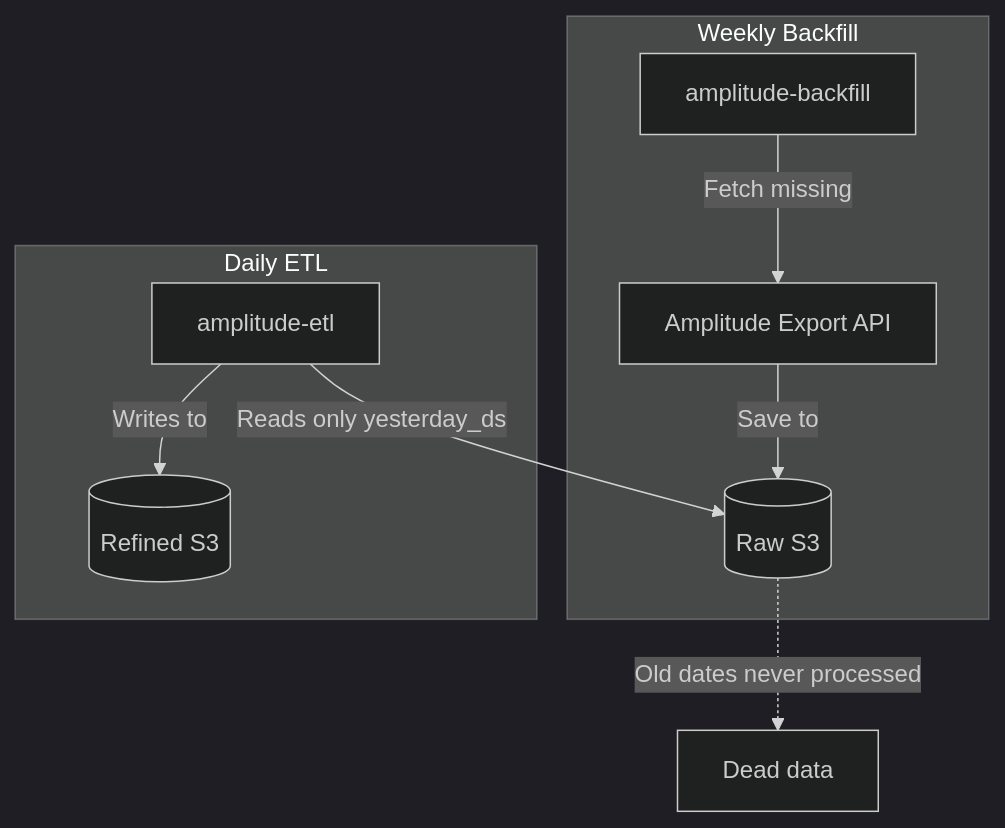
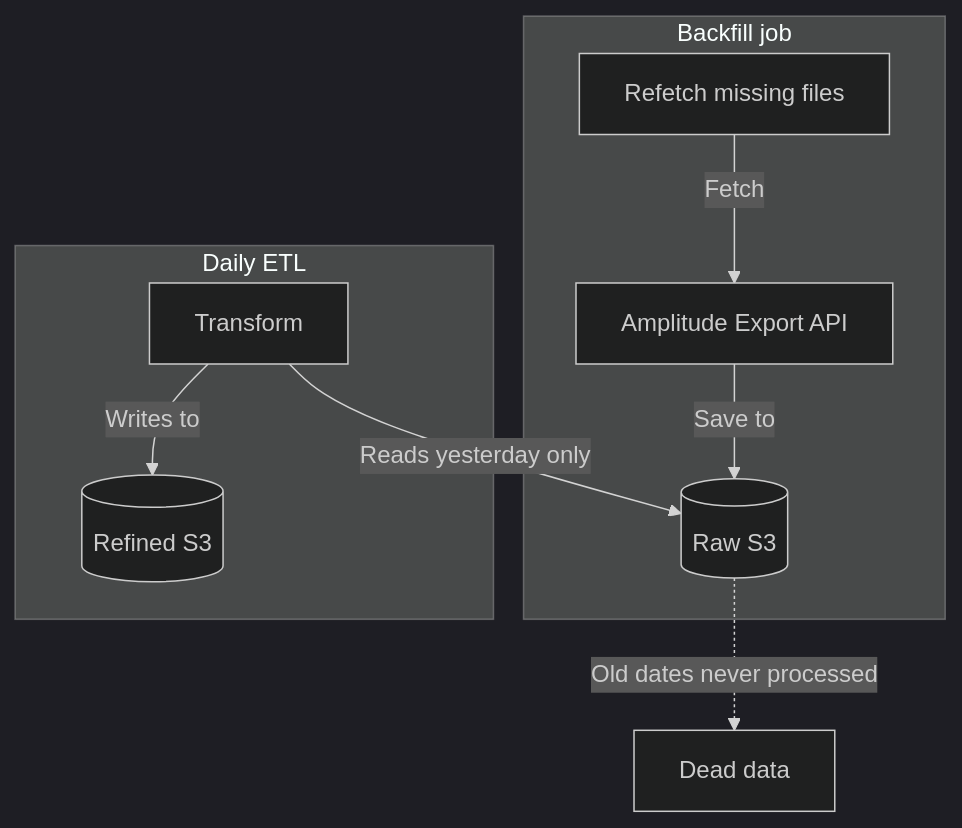
Before and after one commit to brandonwie/brandonwie.dev: the second of 2 diagrams in src/content/posts/ko/backend/amplitude-etl-partitioning.md, drawn with Mermaid (dark theme). The commit also changed other lines of this file and 156 other files, not shown here.

````diff
--- a/src/content/posts/ko/backend/amplitude-etl-partitioning.md
+++ b/src/content/posts/ko/backend/amplitude-etl-partitioning.md
@@ -132,14 +165,14 @@
 ```mermaid
 flowchart TB
-    subgraph Backfill["Weekly Backfill"]
-        BF[amplitude-backfill] -->|Fetch missing| API[Amplitude Export API]
+    subgraph Backfill["Backfill job"]
+        BF[Refetch missing files] -->|Fetch| API[Amplitude Export API]
         API -->|Save to| RAW[(Raw S3)]
     end
 
     subgraph Daily["Daily ETL"]
-        ETL[amplitude-etl] -->|"Reads only yesterday_ds"| RAW
+        ETL[Transform] -->|"Reads yesterday only"| RAW
         ETL -->|Writes to| REFINED[(Refined S3)]
     end
 
     RAW -.->|"Old dates never processed"| DEAD[Dead data]
 ```
````
